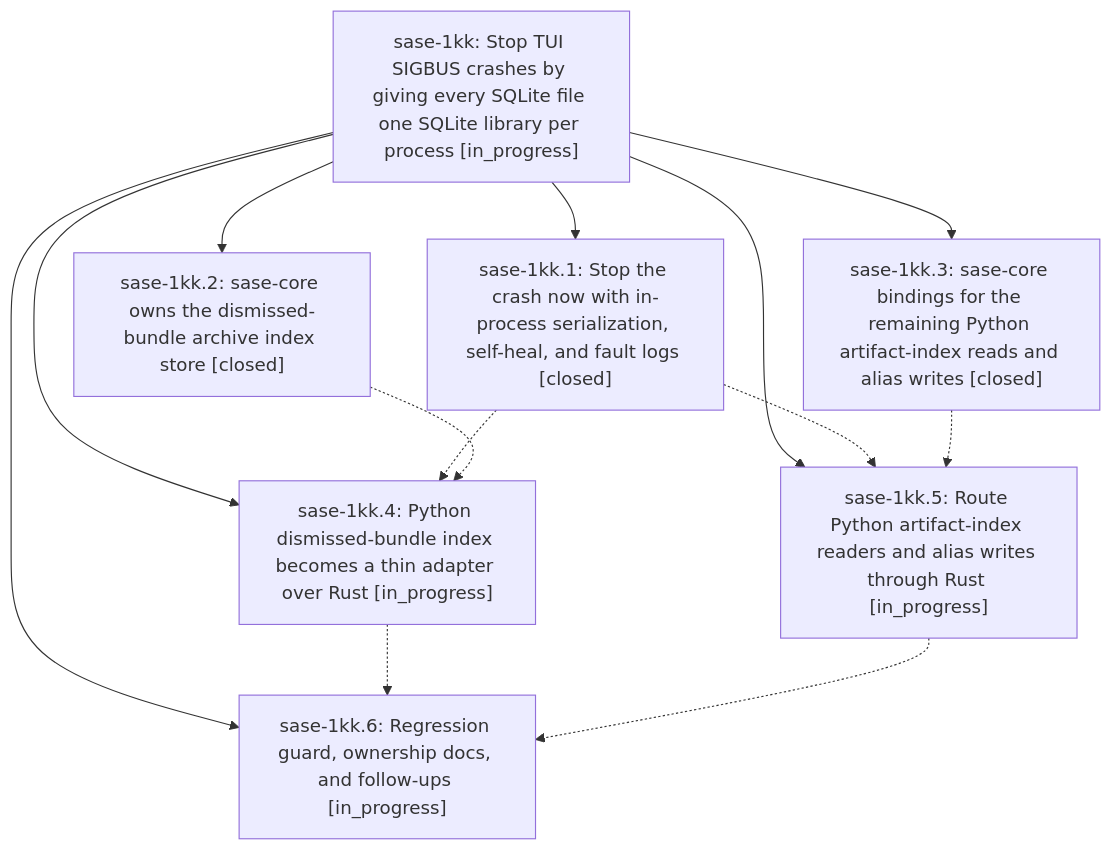
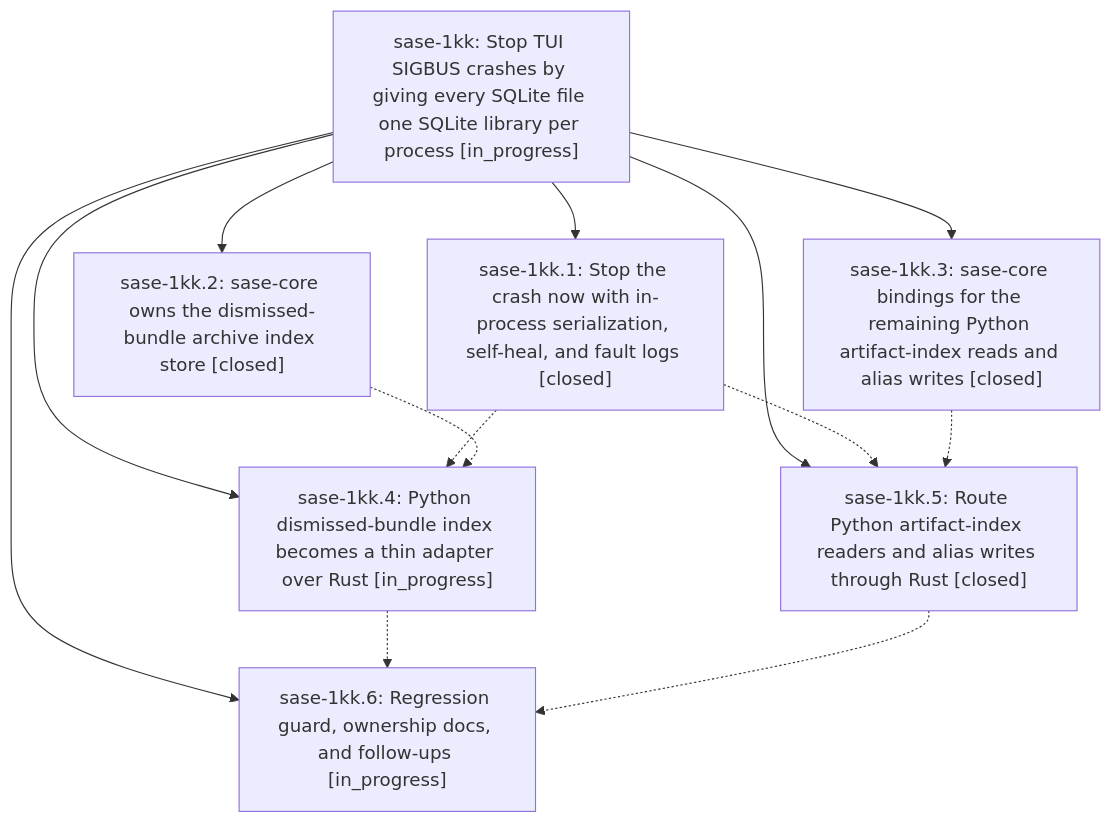
The diagram in pages/sase-1kk/README.md (sase-org/sase--beads), drawn with Mermaid before and after one commit. The commit also changed other lines of this file and 4 other files, not shown here.

````diff
--- a/pages/sase-1kk/README.md
+++ b/pages/sase-1kk/README.md
@@ -41,22 +41,22 @@
 ```mermaid
 flowchart TD
     n0["sase-1kk: Stop TUI SIGBUS crashes by giving every SQLite file one SQLite library per process [in_progress]"]
     n1["sase-1kk.1: Stop the crash now with in-process serialization, self-heal, and fault logs [closed]"]
     n2["sase-1kk.2: sase-core owns the dismissed-bundle archive index store [closed]"]
     n3["sase-1kk.3: sase-core bindings for the remaining Python artifact-index reads and alias writes [closed]"]
     n4["sase-1kk.4: Python dismissed-bundle index becomes a thin adapter over Rust [in_progress]"]
-    n5["sase-1kk.5: Route Python artifact-index readers and alias writes through Rust [in_progress]"]
+    n5["sase-1kk.5: Route Python artifact-index readers and alias writes through Rust [closed]"]
     n6["sase-1kk.6: Regression guard, ownership docs, and follow-ups [in_progress]"]
     n0 --> n1
     n0 --> n2
     n0 --> n3
     n0 --> n4
     n0 --> n5
     n0 --> n6
     n1 -.-> n4
     n1 -.-> n5
     n2 -.-> n4
     n3 -.-> n5
     n4 -.-> n6
     n5 -.-> n6
 ```
````
